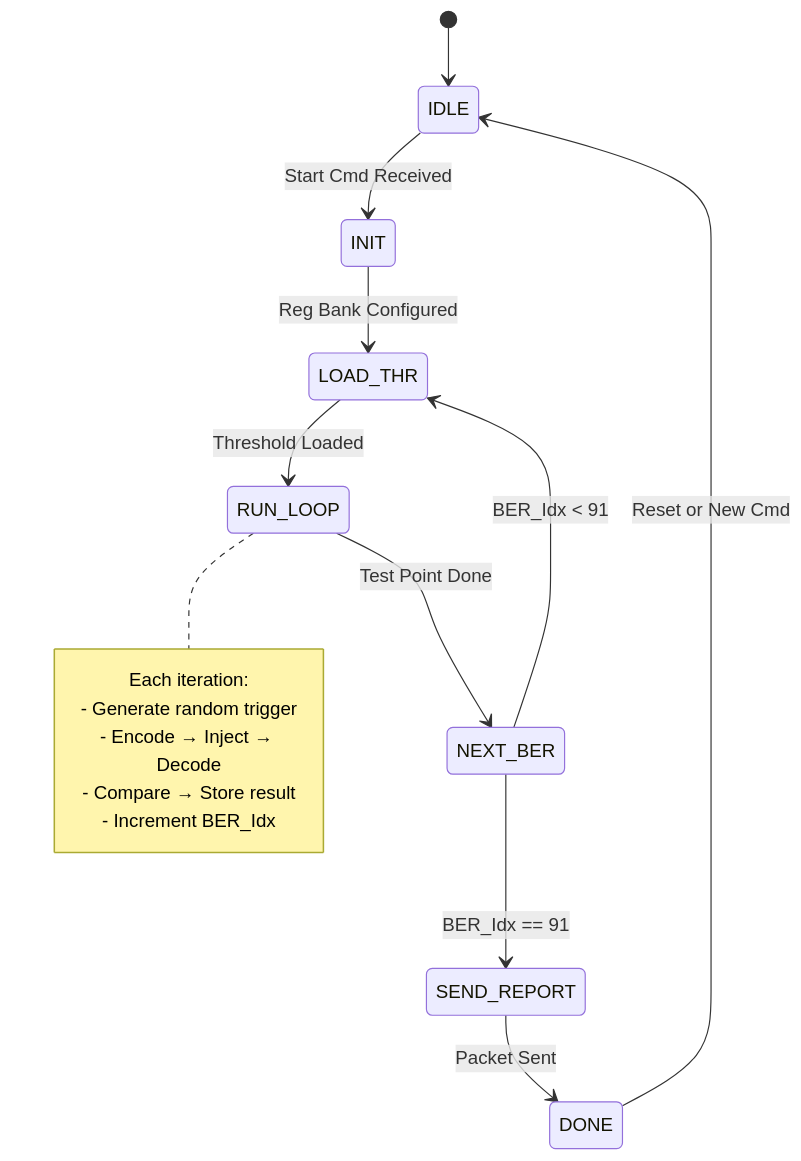
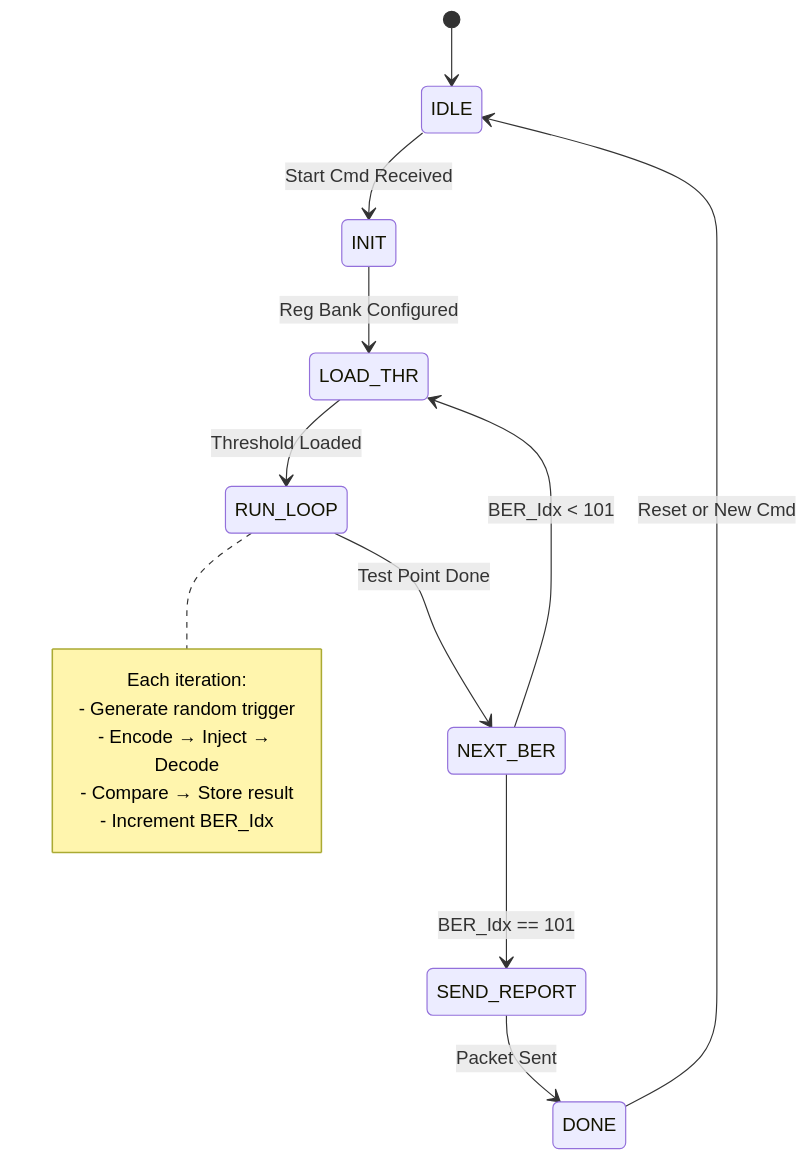
The diagram in docs/FPGA project high level design.md (yguo122-design/FPGA-RRNS-Project-V2), drawn with Mermaid before and after one commit. The commit also changed other lines of this file and 20 other files, not shown here.

````diff
--- a/docs/FPGA project high level design.md
+++ b/docs/FPGA project high level design.md
@@ -157,19 +157,19 @@
 ```mermaid
 stateDiagram-v2
     [*] --> IDLE
     IDLE --> INIT : Start Cmd Received
     INIT --> LOAD_THR : Reg Bank Configured
     LOAD_THR --> RUN_LOOP : Threshold Loaded
     RUN_LOOP --> NEXT_BER : Test Point Done
-    NEXT_BER --> LOAD_THR : BER_Idx < 91
-    NEXT_BER --> SEND_REPORT : BER_Idx == 91
+    NEXT_BER --> LOAD_THR : BER_Idx < 101
+    NEXT_BER --> SEND_REPORT : BER_Idx == 101
     SEND_REPORT --> DONE : Packet Sent
     DONE --> IDLE : Reset or New Cmd
     note right of RUN_LOOP
         Each iteration:
         - Generate random trigger
         - Encode → Inject → Decode
         - Compare → Store result
         - Increment BER_Idx
     end note
 ```
````
